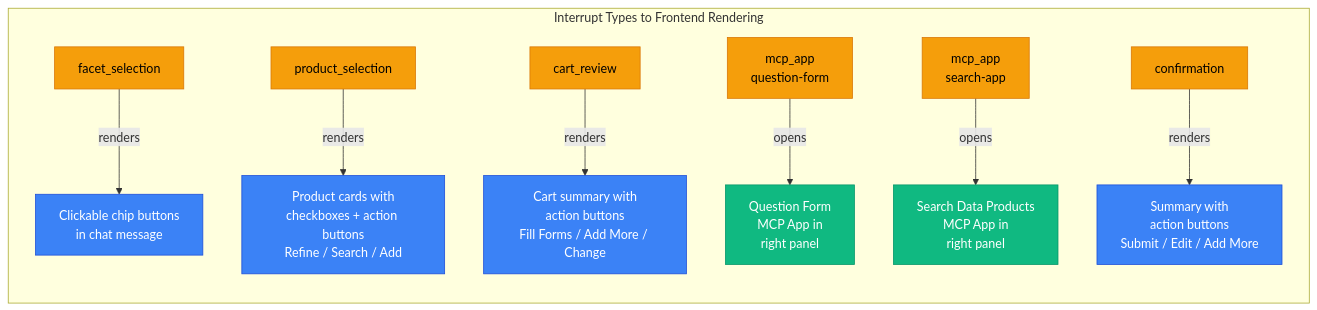
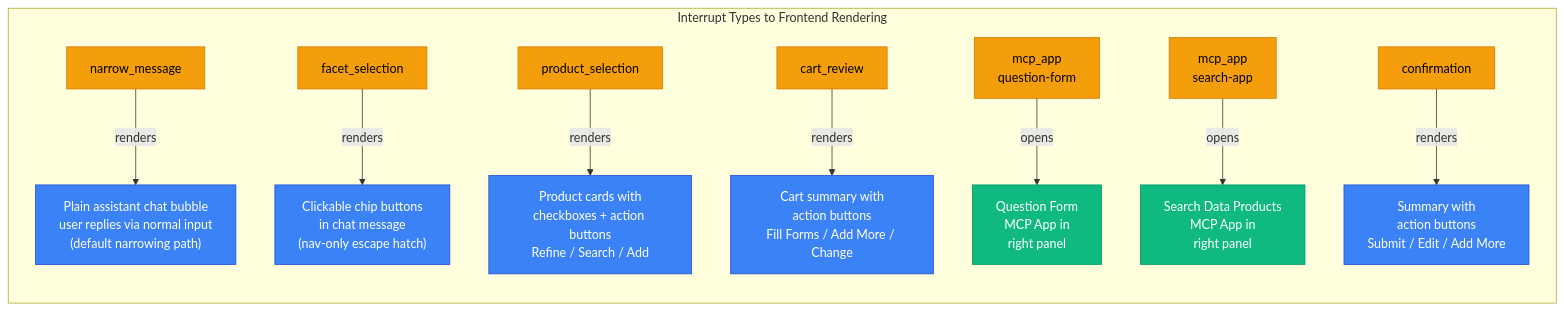
Before and after one commit to alakaybenjamin/langgraph-supervisor-pattern: the second of 4 diagrams in docs/graph-architecture.md, drawn with Mermaid. The commit also changed other lines of this file and 5 other files, not shown here.

````diff
--- a/docs/graph-architecture.md
+++ b/docs/graph-architecture.md
@@ -140,33 +159,37 @@
 ```mermaid
 flowchart LR
     subgraph Interrupts["Interrupt Types to Frontend Rendering"]
         direction TB
 
-        FS["facet_selection"] -->|"renders"| CHIPS["Clickable chip buttons\nin chat message"]
+        NM["narrow_message"] -->|"renders"| BUBBLE["Plain assistant chat bubble\nuser replies via normal input\n(default narrowing path)"]
+
+        FS["facet_selection"] -->|"renders"| CHIPS["Clickable chip buttons\nin chat message\n(nav-only escape hatch)"]
 
         PS["product_selection"] -->|"renders"| CARDS["Product cards with\ncheckboxes + action buttons\nRefine / Search / Add"]
 
         CR["cart_review"] -->|"renders"| CART["Cart summary with\naction buttons\nFill Forms / Add More / Change"]
 
         MA["mcp_app\nquestion-form"] -->|"opens"| FORM["Question Form\nMCP App in\nright panel"]
 
         MA2["mcp_app\nsearch-app"] -->|"opens"| SEARCH["Search Data Products\nMCP App in\nright panel"]
 
         CF["confirmation"] -->|"renders"| SUMMARY["Summary with\naction buttons\nSubmit / Edit / Add More"]
     end
 
+    style NM fill:#f59e0b,color:#000,stroke:#d97706
     style FS fill:#f59e0b,color:#000,stroke:#d97706
     style PS fill:#f59e0b,color:#000,stroke:#d97706
     style CR fill:#f59e0b,color:#000,stroke:#d97706
     style MA fill:#f59e0b,color:#000,stroke:#d97706
     style MA2 fill:#f59e0b,color:#000,stroke:#d97706
     style CF fill:#f59e0b,color:#000,stroke:#d97706
 
+    style BUBBLE fill:#3b82f6,color:#fff,stroke:#1d4ed8
     style CHIPS fill:#3b82f6,color:#fff,stroke:#1d4ed8
     style CARDS fill:#3b82f6,color:#fff,stroke:#1d4ed8
     style CART fill:#3b82f6,color:#fff,stroke:#1d4ed8
     style SUMMARY fill:#3b82f6,color:#fff,stroke:#1d4ed8
 
     style FORM fill:#10b981,color:#fff,stroke:#059669
     style SEARCH fill:#10b981,color:#fff,stroke:#059669
 ```
````
